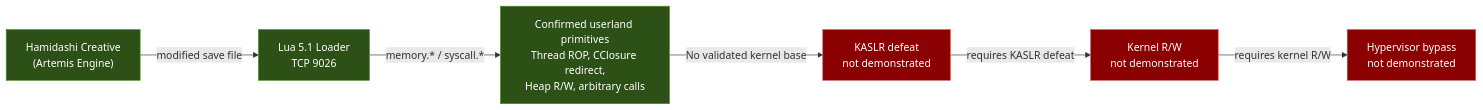
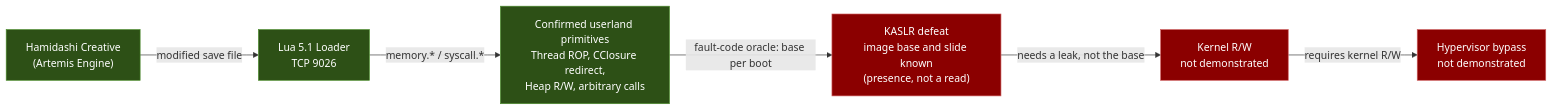
One commit to ZigZagBoi1/PS5-14.10-Research changed the first of 2 diagrams in README.md. Above: the diagram before and after it, drawn with Mermaid. The commit also changed other lines of this file and 9 other files, not shown here.

````diff
--- a/README.md
+++ b/README.md
@@ -272,15 +275,15 @@
 ```mermaid
 graph LR
     A["Hamidashi Creative<br/>(Artemis Engine)"] -->|modified save file| B["Lua 5.1 Loader<br/>TCP 9026"]
     B -->|memory.* / syscall.*| C["Confirmed userland primitives<br/>Thread ROP, CClosure redirect,<br/>Heap R/W, arbitrary calls"]
-    C -->|"No validated kernel base"| D["KASLR defeat<br/>not demonstrated"]
-    D -->|requires KASLR defeat| E["Kernel R/W<br/>not demonstrated"]
+    C -->|"fault-code oracle: base per boot"| D["KASLR defeat<br/>image base and slide known<br/>(presence, not a read)"]
+    D -->|"needs a leak, not the base"| E["Kernel R/W<br/>not demonstrated"]
     E -->|requires kernel R/W| F["Hypervisor bypass<br/>not demonstrated"]
 
     style A fill:#2d5016,stroke:#4a8c2a,color:#fff
     style B fill:#2d5016,stroke:#4a8c2a,color:#fff
     style C fill:#2d5016,stroke:#4a8c2a,color:#fff
     style D fill:#8b0000,stroke:#cd5c5c,color:#fff
     style E fill:#8b0000,stroke:#cd5c5c,color:#fff
     style F fill:#8b0000,stroke:#cd5c5c,color:#fff
 ```
````
